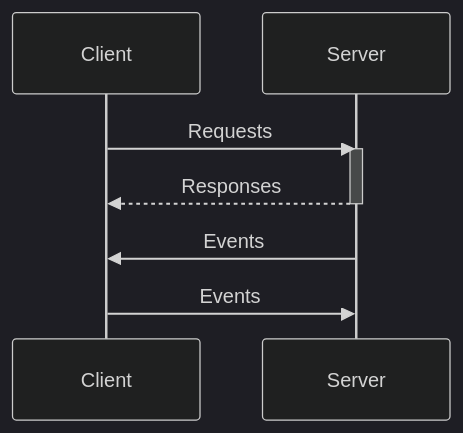
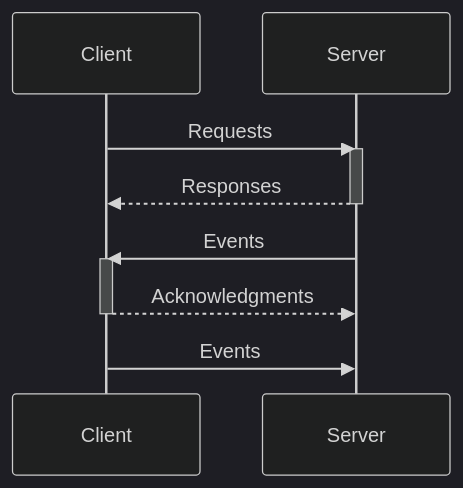
Before and after one commit to k2fintech-gmbh/docs: the first of 2 diagrams in src/index.md, drawn with Mermaid (dark theme). The commit also changed other lines of this file and 12 other files, not shown here.

````diff
--- a/src/index.md
+++ b/src/index.md
@@ -7,12 +7,15 @@
 ```mermaid
   sequenceDiagram
 
 
     Client->>Server: Requests
     activate Server
     Server-->>Client: Responses
     deactivate Server
 
     Server->>Client: Events
+    activate Client
+    Client-->>Server: Acknowledgments
+    deactivate Client
     Client->>Server: Events
 ```
````
